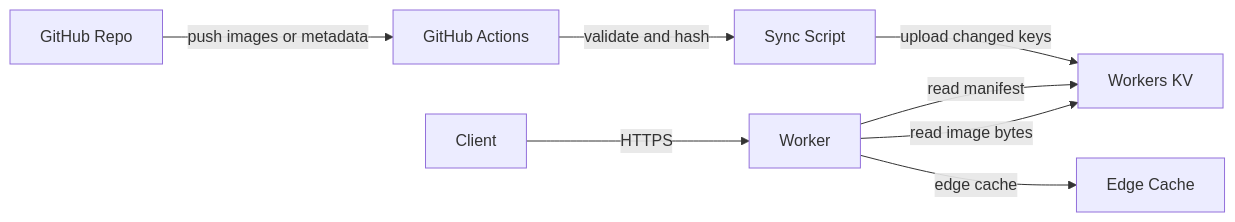
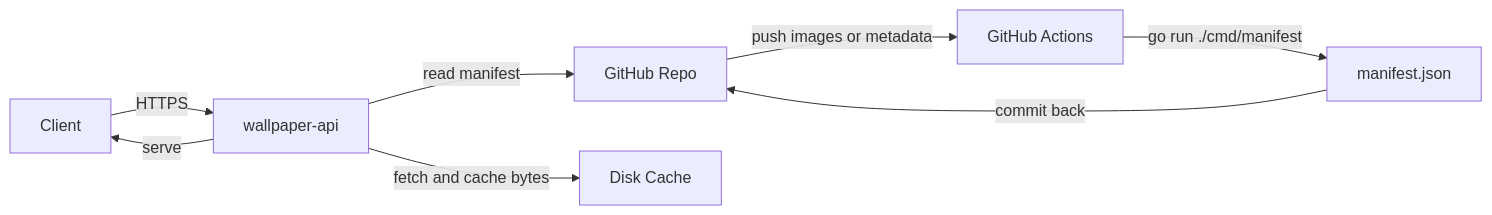
One commit to MinimaxFlora/WallpaperHub changed the diagram in .monkeycode/specs/2026-09-30-wallpaperhub-v2/design.md. Above: the diagram before and after it, drawn with Mermaid. The commit also changed other lines of this file and 69 other files, not shown here.

First line of the commit message:
feat: rewrite wallpaper API as a self-hosted Go service

````diff
--- a/.monkeycode/specs/2026-09-30-wallpaperhub-v2/design.md
+++ b/.monkeycode/specs/2026-09-30-wallpaperhub-v2/design.md
@@ -19,10 +19,10 @@
 ```mermaid
 flowchart LR
     A["GitHub Repo"] -->|"push images or metadata"| B["GitHub Actions"]
-    B -->|"validate and hash"| C["Sync Script"]
-    C -->|"upload changed keys"| D["Workers KV"]
-    E["Client"] -->|"HTTPS"| F["Worker"]
-    F -->|"read manifest"| D
-    F -->|"read image bytes"| D
-    F -->|"edge cache"| G["Edge Cache"]
+    B -->|"go run ./cmd/manifest"| C["manifest.json"]
+    C -->|"commit back"| A
+    D["Client"] -->|"HTTPS"| E["wallpaper-api"]
+    E -->|"read manifest"| A
+    E -->|"fetch and cache bytes"| F["Disk Cache"]
+    E -->|"serve"| D
 ```
````
